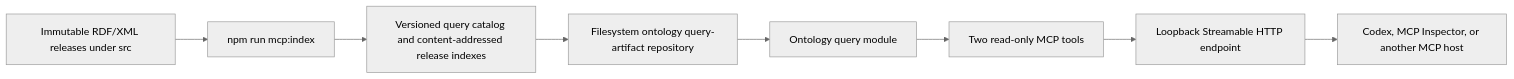
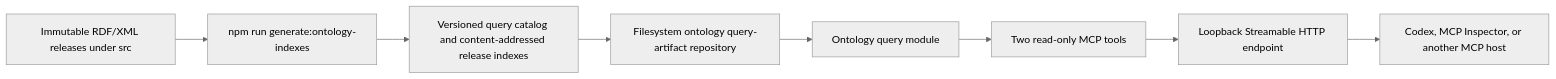
One commit to Hadden-Industries/universal-ontology changed the diagram in docs/mcp/local-development.md. Above: the diagram before and after it, drawn with Mermaid (neutral theme). The commit also changed other lines of this file and 22 other files, not shown here.

````diff
--- a/docs/mcp/local-development.md
+++ b/docs/mcp/local-development.md
@@ -118,10 +118,10 @@
 ```mermaid
 flowchart LR
-    A[Immutable RDF/XML releases under src] --> B[npm run mcp:index]
+    A[Immutable RDF/XML releases under src] --> B[npm run generate:ontology-indexes]
     B --> C[Versioned query catalog and content-addressed release indexes]
     C --> D[Filesystem ontology query-artifact repository]
     D --> E[Ontology query module]
     E --> F[Two read-only MCP tools]
     F --> G[Loopback Streamable HTTP endpoint]
     G --> H[Codex, MCP Inspector, or another MCP host]
 ```
````
